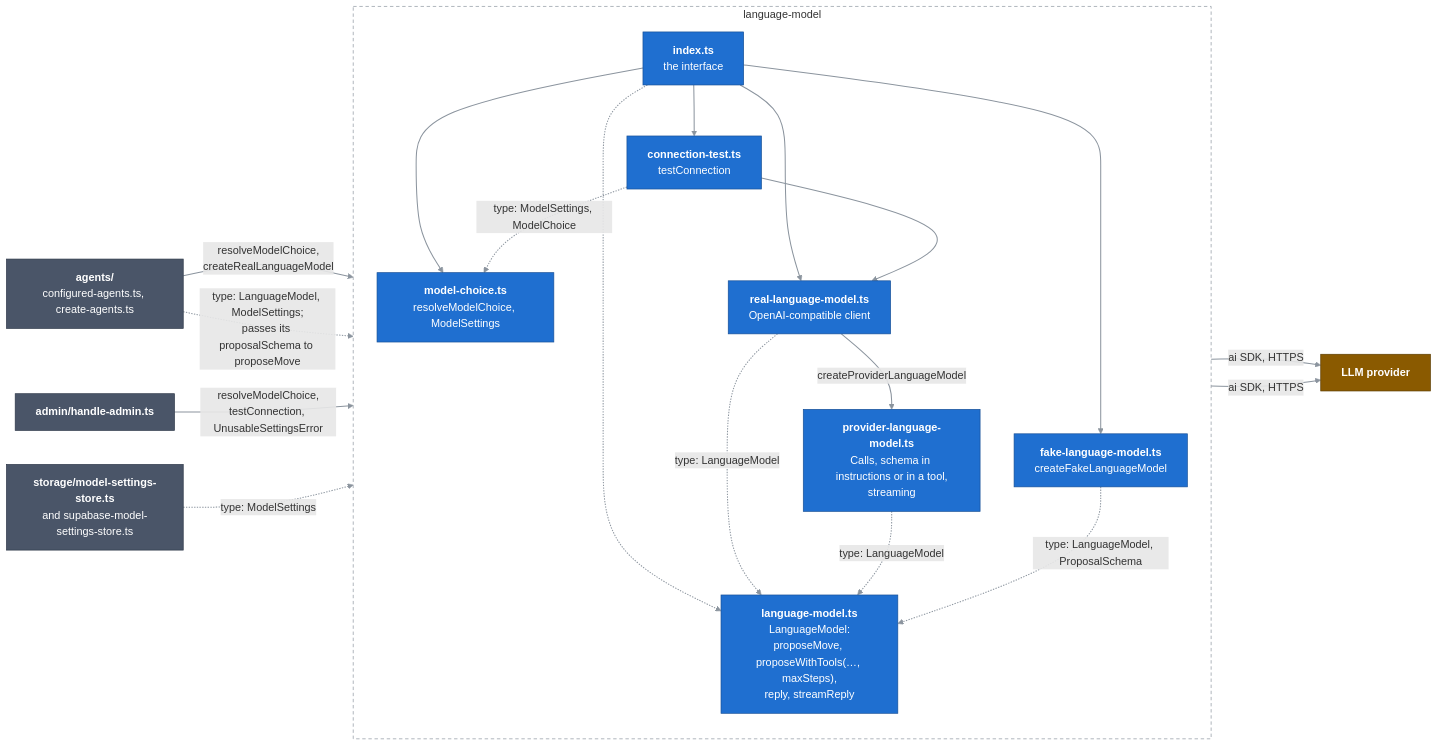
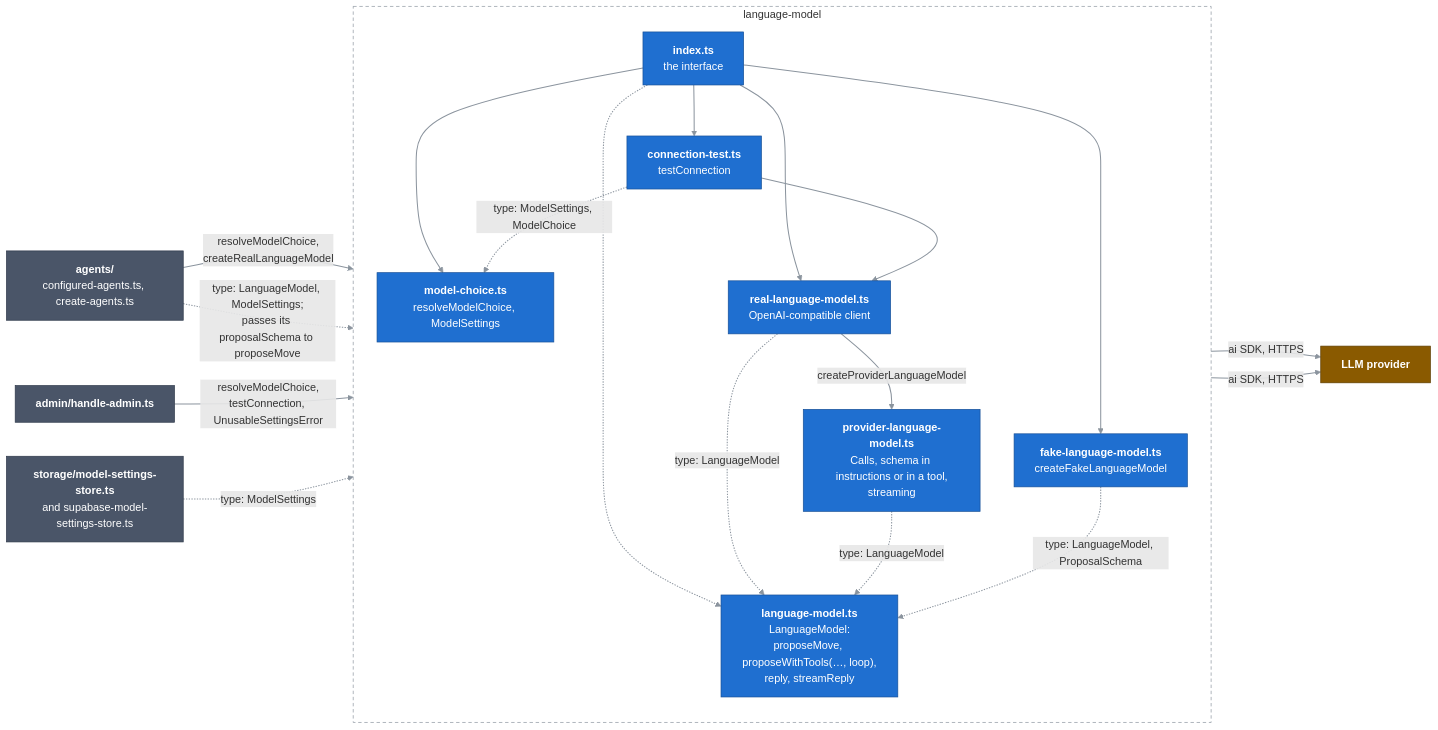
One commit to Bill2926/COS40005_HN9_Verifiable_Co-Learner_Agent changed the diagram in docs/c4/03-components/server/07-language-model.md. Above: the diagram before and after it, drawn with Mermaid. The commit also changed other lines of this file and 44 other files, not shown here.

````diff
--- a/docs/c4/03-components/server/07-language-model.md
+++ b/docs/c4/03-components/server/07-language-model.md
@@ -15,43 +15,43 @@
 ```mermaid
 flowchart LR
   classDef comp fill:#1f6fd0,stroke:#164f96,color:#ffffff
   classDef near fill:#4a5568,stroke:#2d3748,color:#ffffff
   classDef ext fill:#8a5a00,stroke:#5c3c00,color:#ffffff
   linkStyle default stroke:#8b949e,stroke-width:1.5px
 
   agents["<b>agents/</b><br/>configured-agents.ts, create-agents.ts"]:::near
   admin["<b>admin/handle-admin.ts</b>"]:::near
   storage["<b>storage/model-settings-store.ts</b><br/>and supabase-model-settings-store.ts"]:::near
   llm["<b>LLM provider</b>"]:::ext
 
   subgraph lm["language-model"]
     direction TB
     index["<b>index.ts</b><br/>the interface"]:::comp
-    iface["<b>language-model.ts</b><br/>LanguageModel:<br/>proposeMove, proposeWithTools(…, maxSteps),<br/>reply, streamReply"]:::comp
+    iface["<b>language-model.ts</b><br/>LanguageModel:<br/>proposeMove, proposeWithTools(…, loop),<br/>reply, streamReply"]:::comp
     choice["<b>model-choice.ts</b><br/>resolveModelChoice, ModelSettings"]:::comp
     real["<b>real-language-model.ts</b><br/>OpenAI-compatible client"]:::comp
     provider["<b>provider-language-model.ts</b><br/>Calls, schema in instructions or in a tool,<br/>streaming"]:::comp
     fake["<b>fake-language-model.ts</b><br/>createFakeLanguageModel"]:::comp
     conn["<b>connection-test.ts</b><br/>testConnection"]:::comp
   end
 
   agents -->|"resolveModelChoice,<br/>createRealLanguageModel"| index
   agents -.->|"type: LanguageModel, ModelSettings;<br/>passes its proposalSchema to proposeMove"| index
   admin -->|"resolveModelChoice,<br/>testConnection, UnusableSettingsError"| index
   storage -.->|"type: ModelSettings"| index
   index --> choice
   index --> real
   index --> fake
   index --> conn
   index -.-> iface
   real -->|"createProviderLanguageModel"| provider
   real -.->|"type: LanguageModel"| iface
   provider -.->|"type: LanguageModel"| iface
   fake -.->|"type: LanguageModel, ProposalSchema"| iface
   conn --> real
   conn -.->|"type: ModelSettings, ModelChoice"| choice
   conn -->|"ai SDK, HTTPS"| llm
   real -->|"ai SDK, HTTPS"| llm
 
   style lm fill:none,stroke:#8b949e,stroke-dasharray:5 4
 ```
````
